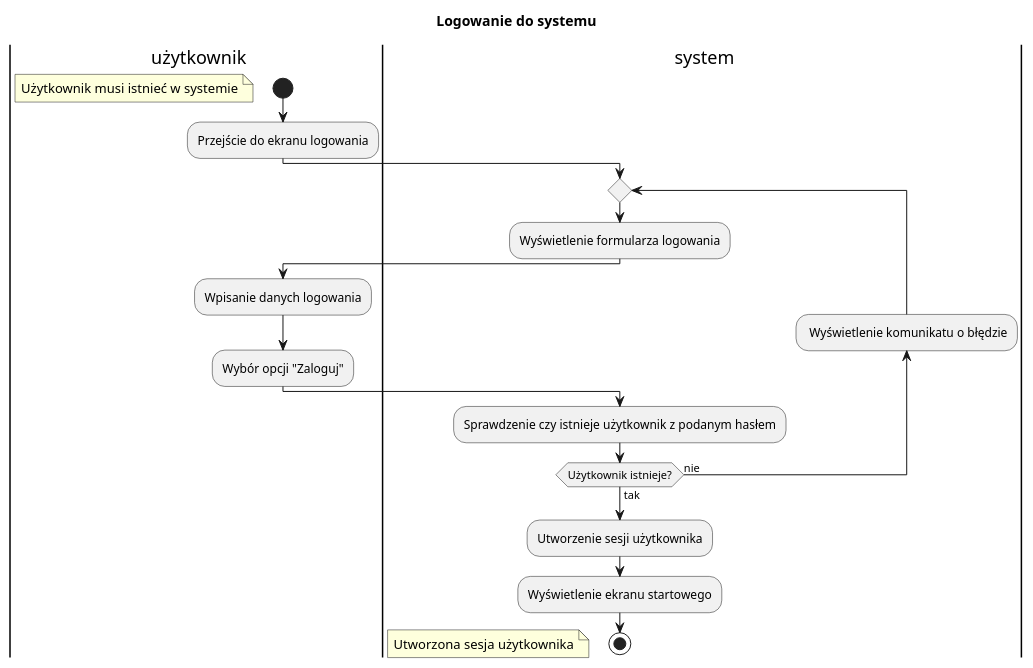
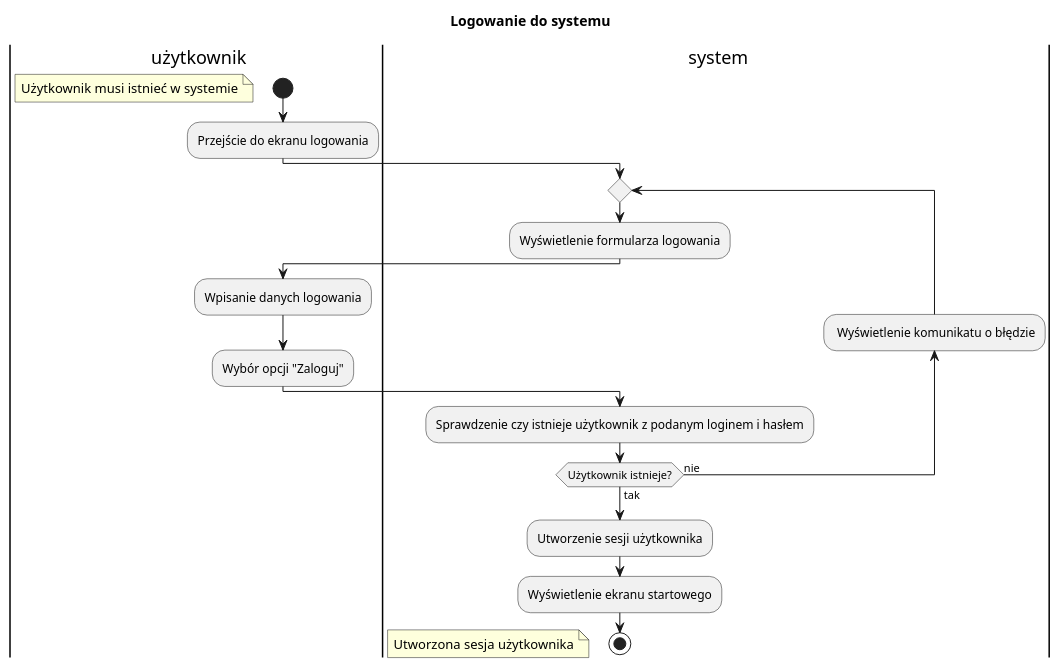
One commit to filip-stepien/software-engineering-lab changed the diagram in src/activity_diagrams/filip/logowanie_do_systemu.puml. Above: the diagram before and after it, drawn with PlantUML. The commit also changed 12 other files, not shown here.

Commit message:
add activity diagrams to html & fix html structure

```diff
--- a/src/activity_diagrams/filip/logowanie_do_systemu.puml
+++ b/src/activity_diagrams/filip/logowanie_do_systemu.puml
@@ -1,30 +1,30 @@
 @startuml "Logowanie do systemu"
 title "Logowanie do systemu"
 
 |u| użytkownik
 |s| system
 
 |u|
 start
 floating note left: Użytkownik musi istnieć w systemie
 :Przejście do ekranu logowania;
 
 |s|
 repeat
 backward: Wyświetlenie komunikatu o błędzie;
 :Wyświetlenie formularza logowania;
 
 |u|
 :Wpisanie danych logowania;
 :Wybór opcji "Zaloguj";
 
 |s|
-:Sprawdzenie czy istnieje użytkownik z podanym hasłem;
+:Sprawdzenie czy istnieje użytkownik z podanym loginem i hasłem;
 repeat while (Użytkownik istnieje?) is (nie) not (tak)
 :Utworzenie sesji użytkownika;
 :Wyświetlenie ekranu startowego;
 
 stop
 floating note left: Utworzona sesja użytkownika
 
 @enduml
```
